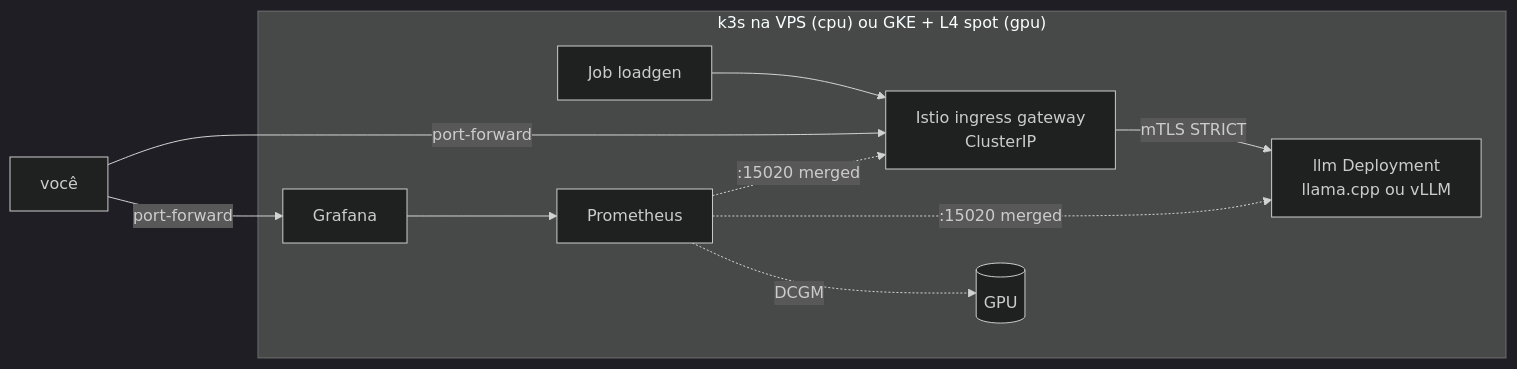
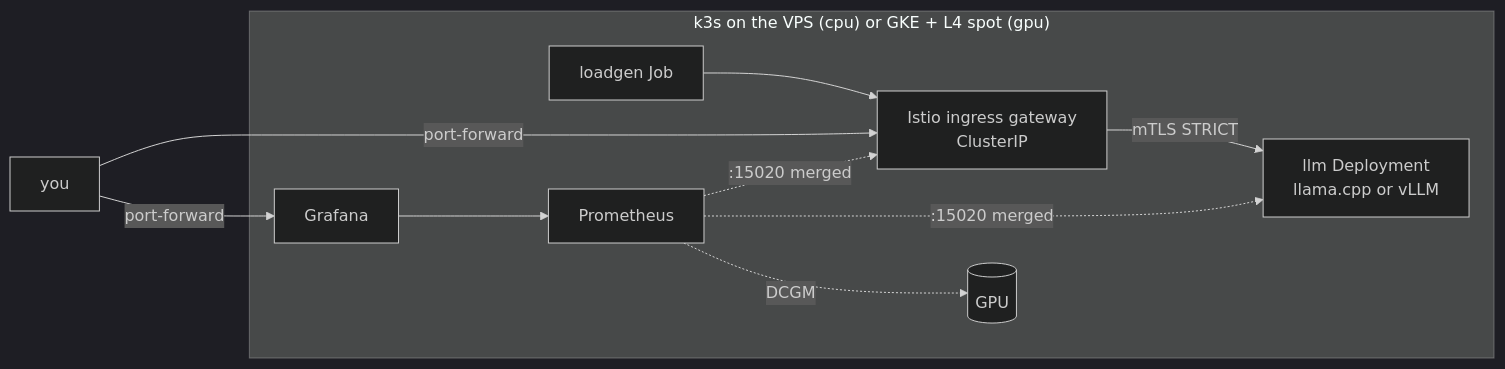
Before and after one commit to kgbunshin/llm-serving-lab: the diagram in README.md, drawn with Mermaid (dark theme). The commit also changed other lines of this file, not shown here.

````diff
--- a/README.md
+++ b/README.md
@@ -25,13 +25,13 @@
 ```mermaid
 flowchart LR
-  subgraph cluster["k3s na VPS (cpu)  ou  GKE + L4 spot (gpu)"]
-    LG[Job loadgen] --> GW[Istio ingress gateway<br/>ClusterIP]
-    GW -- mTLS STRICT --> M[llm Deployment<br/>llama.cpp ou vLLM]
+  subgraph cluster["k3s on the VPS (cpu)  or  GKE + L4 spot (gpu)"]
+    LG[loadgen Job] --> GW[Istio ingress gateway<br/>ClusterIP]
+    GW -- mTLS STRICT --> M[llm Deployment<br/>llama.cpp or vLLM]
     P[Prometheus] -. :15020 merged .-> GW
     P -. :15020 merged .-> M
     P -. DCGM .-> GPU[(GPU)]
     G[Grafana] --> P
   end
-  you[você] -- port-forward --> GW
+  you[you] -- port-forward --> GW
   you -- port-forward --> G
 ```
````
